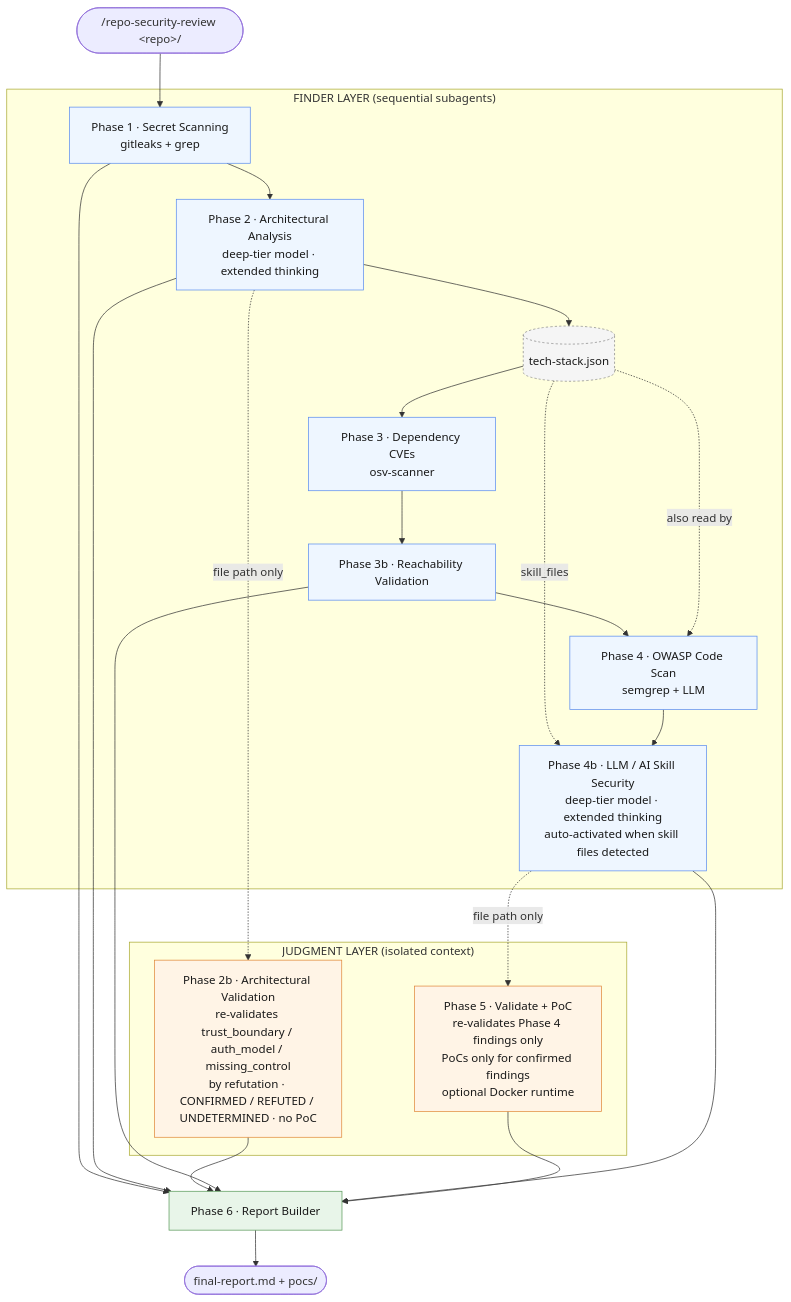
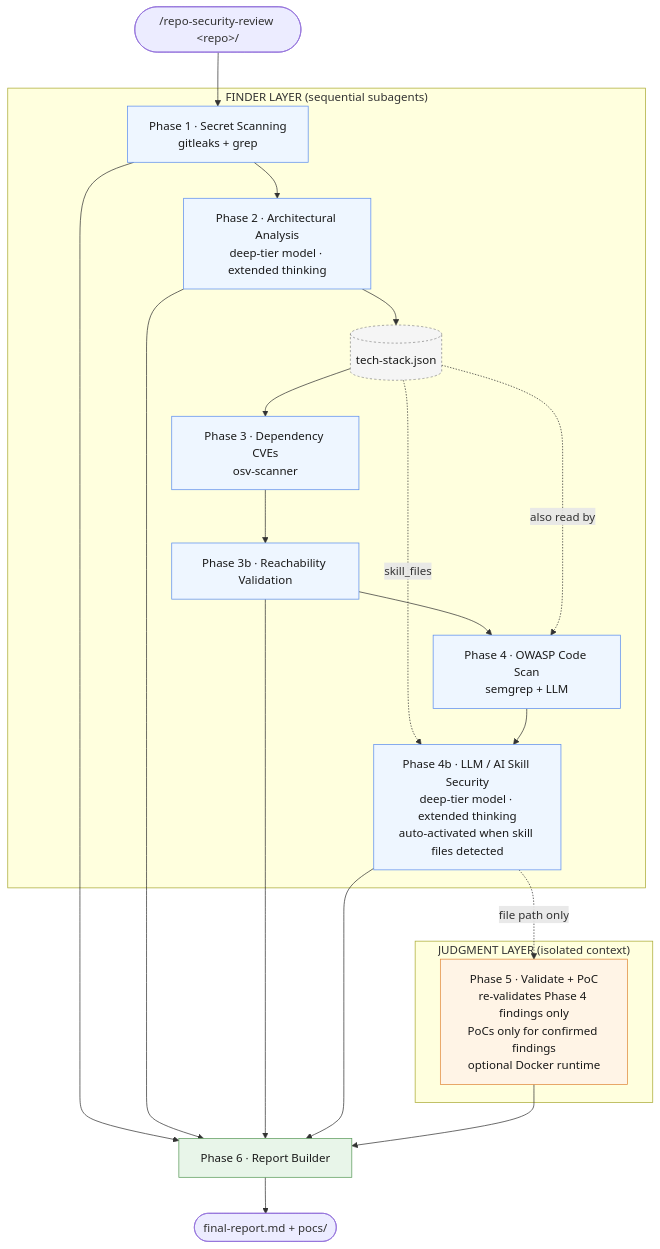
The diagram in README.md (Consensys/repo-security-review), drawn with Mermaid before and after one commit. The commit also changed 3 other files, not shown here.

````diff
--- a/README.md
+++ b/README.md
@@ -88,48 +88,45 @@
 ```mermaid
 flowchart TD
     Start([/repo-security-review &lt;repo&gt;/]) --> P1
 
     subgraph FINDER["FINDER LAYER (sequential subagents)"]
         P1[Phase 1 · Secret Scanning<br/>gitleaks + grep]
         P2[Phase 2 · Architectural Analysis<br/>deep-tier model · extended thinking]
         TS[(tech-stack.json)]
         P3[Phase 3 · Dependency CVEs<br/>osv-scanner]
         P3b[Phase 3b · Reachability Validation]
         P4[Phase 4 · OWASP Code Scan<br/>semgrep + LLM]
         P4b[Phase 4b · LLM / AI Skill Security<br/>deep-tier model · extended thinking<br/>auto-activated when skill files detected]
 
         P1 --> P2
         P2 --> TS
         TS --> P3
         P3 --> P3b
         P3b --> P4
         TS -. also read by .-> P4
         TS -. skill_files .-> P4b
         P4 --> P4b
     end
 
     P4b -. file path only .-> P5
-    P2 -. file path only .-> P2b
 
     subgraph JUDGMENT["JUDGMENT LAYER (isolated context)"]
-        P2b[Phase 2b · Architectural Validation<br/>re-validates trust_boundary / auth_model / missing_control<br/>by refutation · CONFIRMED / REFUTED / UNDETERMINED · no PoC]
         P5[Phase 5 · Validate + PoC<br/>re-validates Phase 4 findings only<br/>PoCs only for confirmed findings<br/>optional Docker runtime]
     end
 
     P1 --> R[Phase 6 · Report Builder]
     P2 --> R
-    P2b --> R
     P3b --> R
     P4b --> R
     P5 --> R
     R --> Out([final-report.md + pocs/])
 
     classDef finder fill:#eef6ff,stroke:#5b8def,color:#1a1a1a
     classDef judgment fill:#fff4e6,stroke:#e0883a,color:#1a1a1a
     classDef report fill:#e8f5e9,stroke:#5a9a5a,color:#1a1a1a
     classDef store fill:#f5f5f5,stroke:#888,color:#1a1a1a,stroke-dasharray: 3 3
     class P1,P2,P3,P3b,P4,P4b finder
-    class P2b,P5 judgment
+    class P5 judgment
     class R report
     class TS store
 ```
````
